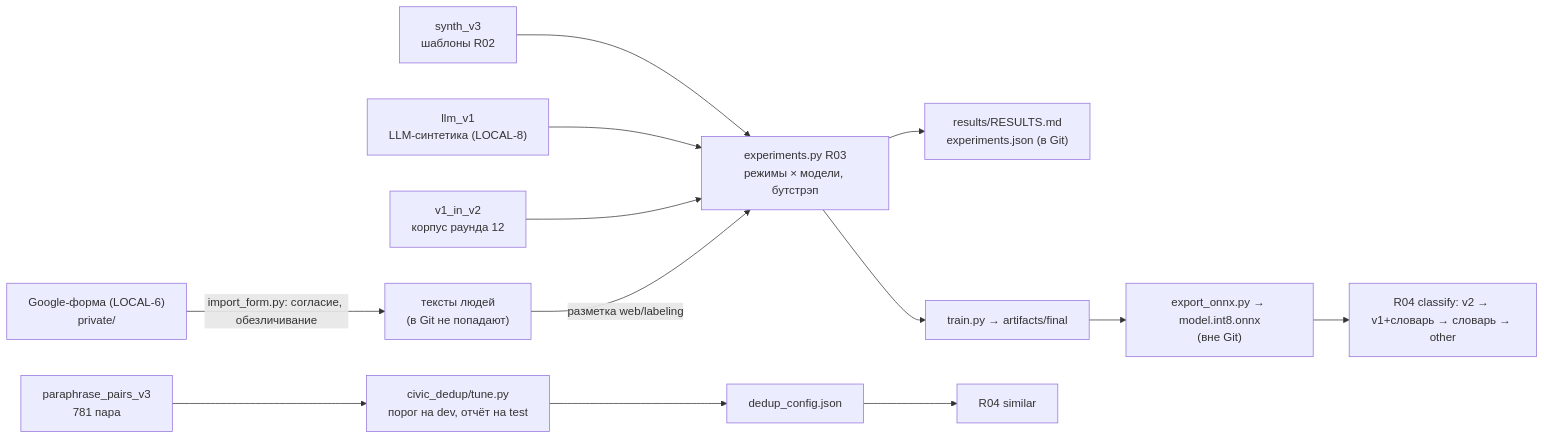
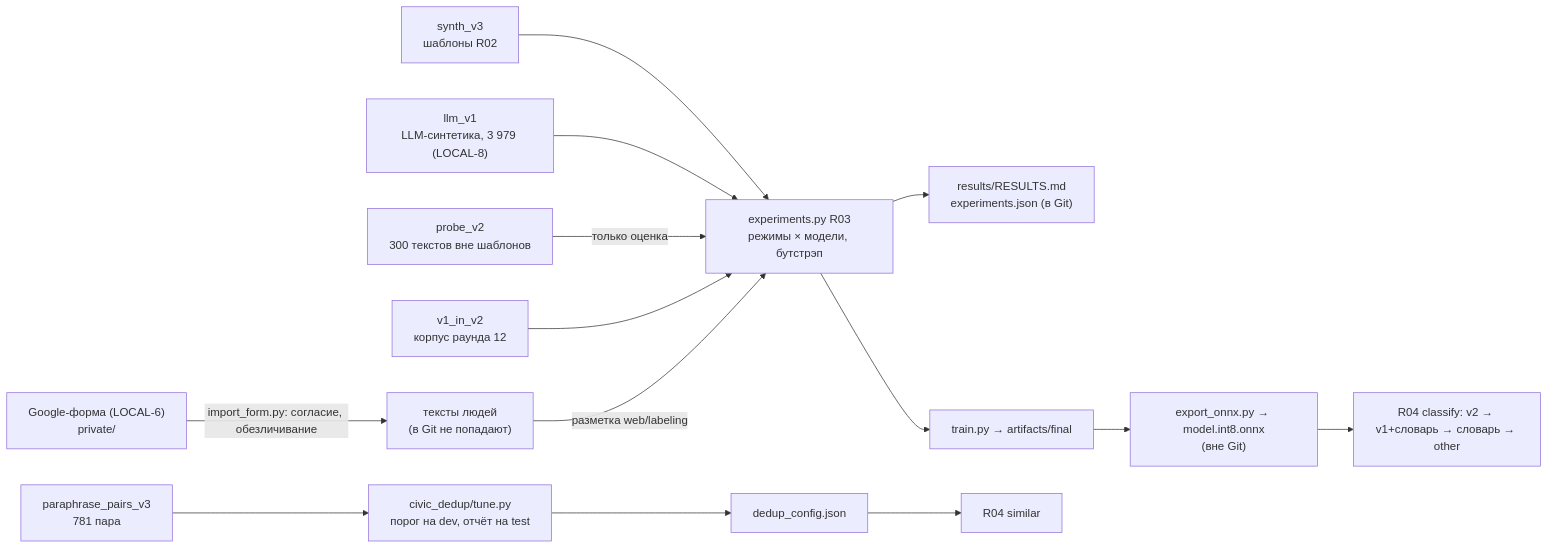
Before and after one commit to diiaanns07-droid/GOV_DIPLOME: the third of 3 diagrams in docs/birge/ARCHITECTURE.md, drawn with Mermaid. The commit also changed other lines of this file and 4 other files, not shown here.

First line of the commit message:
R14 r14 night 2: chapters 3 and 5 for build B2 (R10 acceptance, LOCAL B2 on Windows, R15 review), MODULES and ARCHITECTURE for B2/B3, own B2 pytest rerun 2377/20/1

````diff
--- a/docs/birge/ARCHITECTURE.md
+++ b/docs/birge/ARCHITECTURE.md
@@ -241,14 +265,15 @@
 ```mermaid
 flowchart LR
   F["Google-форма (LOCAL-6)<br/>private/"] -->|import_form.py: согласие, обезличивание| H["тексты людей<br/>(в Git не попадают)"]
   T["synth_v3<br/>шаблоны R02"] --> E
-  L["llm_v1<br/>LLM-синтетика (LOCAL-8)"] --> E
+  L["llm_v1<br/>LLM-синтетика, 3 979 (LOCAL-8)"] --> E
+  PR["probe_v2<br/>300 текстов вне шаблонов"] -->|только оценка| E
   V["v1_in_v2<br/>корпус раунда 12"] --> E
   H -->|разметка web/labeling| E["experiments.py R03<br/>режимы × модели, бутстрэп"]
   E --> RES["results/RESULTS.md<br/>experiments.json (в Git)"]
   E --> TR["train.py → artifacts/final"]
   TR --> OX["export_onnx.py → model.int8.onnx<br/>(вне Git)"]
   OX --> API["R04 classify: v2 → v1+словарь → словарь → other"]
   P["paraphrase_pairs_v3<br/>781 пара"] --> TU["civic_dedup/tune.py<br/>порог на dev, отчёт на test"]
   TU --> CFG["dedup_config.json"] --> SIM["R04 similar"]
 ```
````
